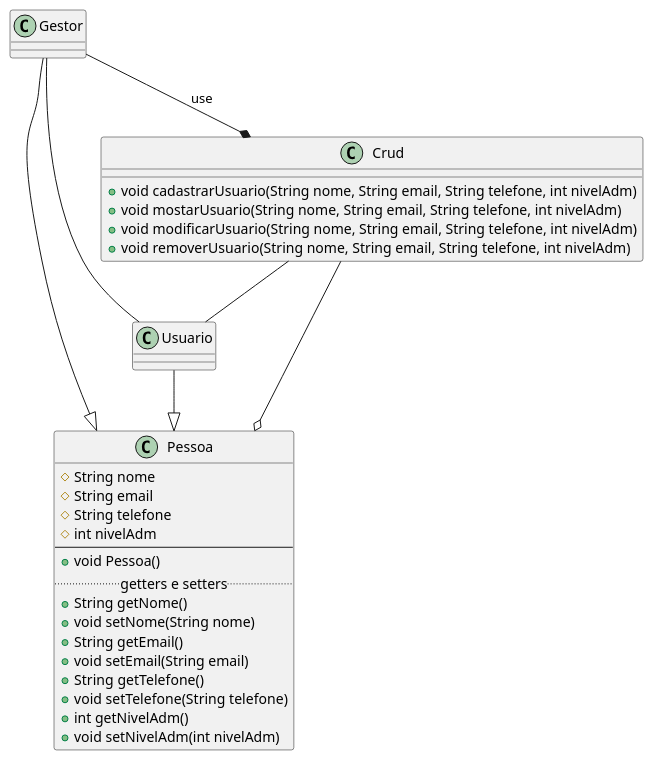
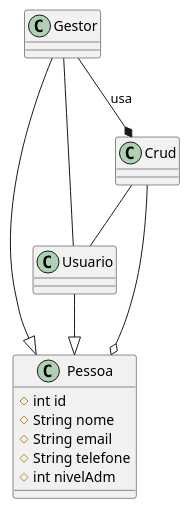
One commit to GregoryVinicius/APS changed the diagram in diagramaClasse.plantuml. Above: the diagram before and after it, drawn with PlantUML.

Commit message:
Aula 03/10

```diff
--- a/diagramaClasse.plantuml
+++ b/diagramaClasse.plantuml
@@ -1,41 +1,46 @@
 @startuml
 
     Class Pessoa {
+        # int id
         # String nome
         # String email
         # String telefone
         # int nivelAdm
+        /'
         --
         + void Pessoa()
         .. getters e setters ..
         + String getNome()
         + void setNome(String nome)
         + String getEmail()
         + void setEmail(String email)
         + String getTelefone()
         + void setTelefone(String telefone)
         + int getNivelAdm()
         + void setNivelAdm(int nivelAdm)
+        '/
     } 
 
     Class Usuario{  
 
     }
     Class Gestor{
 
     }
     Class Crud{
-        + void cadastrarUsuario(String nome, String email, String telefone, int nivelAdm)
-        + void mostarUsuario(String nome, String email, String telefone, int nivelAdm)
-        + void modificarUsuario(String nome, String email, String telefone, int nivelAdm)
-        + void removerUsuario(String nome, String email, String telefone, int nivelAdm)
+        /'
+        + void cadastrarUsuario(int id, String nome, String email, String telefone, int nivelAdm)
+        + void mostarUsuario(int id)
+        + void modificarUsuario(int id, String nome, String email, String telefone, int nivelAdm)
+        + void removerUsuario(int id)
+        '/
     }
 
     Usuario --|> Pessoa
     Gestor --|> Pessoa
     Gestor -- Usuario
-    Gestor --* Crud : use
+    Gestor --* Crud : usa
     Crud --o Pessoa
     Crud -- Usuario
 
 @enduml
```
